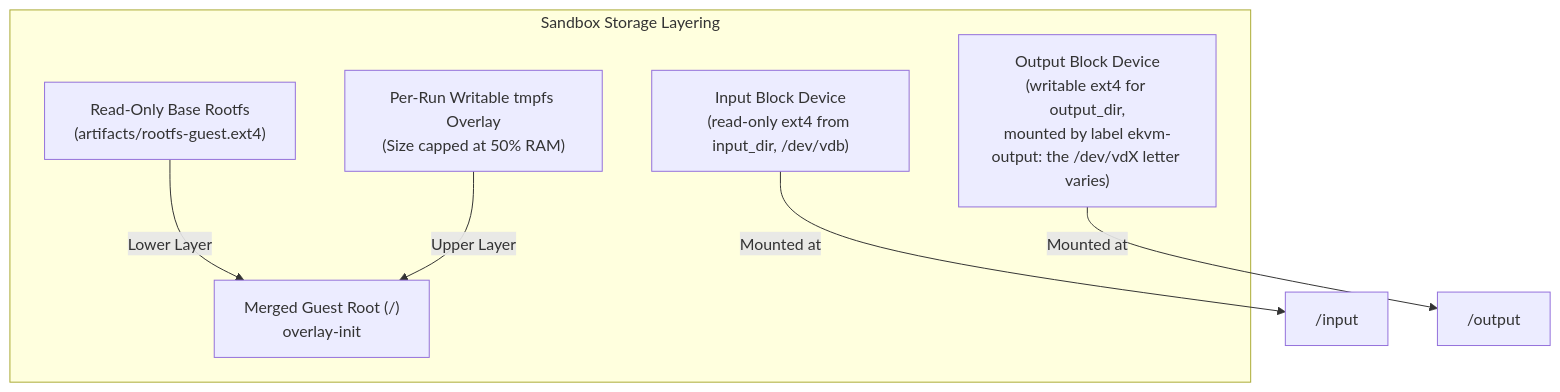
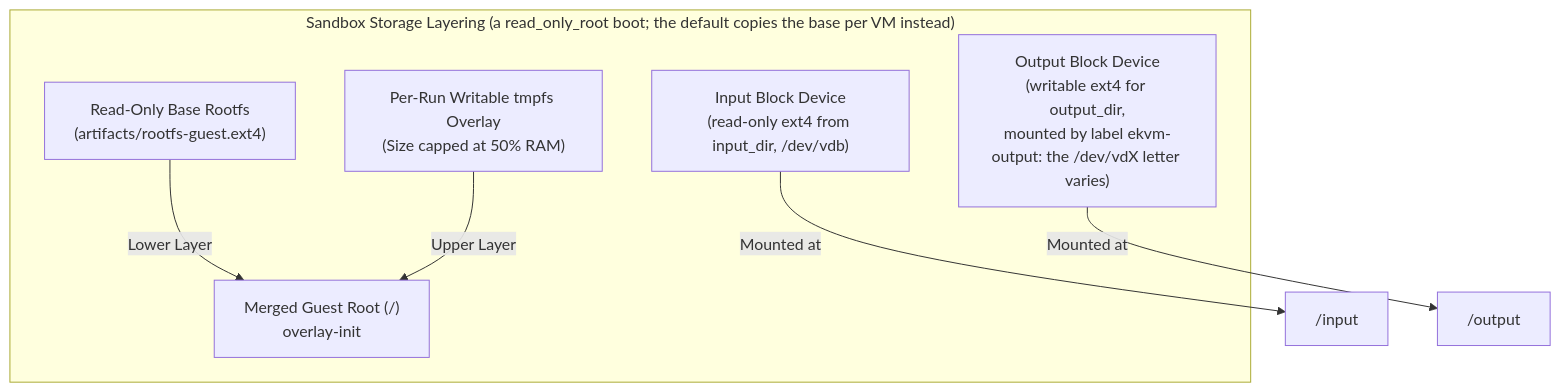
The third of 3 diagrams in docs/architecture-host.md (kendricklawton/behavioral-sandbox), drawn with Mermaid before and after one commit. The commit also changed other lines of this file and 5 other files, not shown here.

First line of the commit message:
docs: correct the architecture pages' XDP, rootfs and signing claims

````diff
--- a/docs/architecture-host.md
+++ b/docs/architecture-host.md
@@ -96,16 +100,16 @@
 ```mermaid
 flowchart TB
-    subgraph StorageLayout["Sandbox Storage Layering"]
+    subgraph StorageLayout["Sandbox Storage Layering (a read_only_root boot; the default copies the base per VM instead)"]
         BaseFS["Read-Only Base Rootfs\n(artifacts/rootfs-guest.ext4)"]
         TmpfsOverlay["Per-Run Writable tmpfs Overlay\n(Size capped at 50% RAM)"]
         MergedRoot["Merged Guest Root (/)\noverlay-init"]
         
         InputBlock["Input Block Device\n(read-only ext4 from input_dir, /dev/vdb)"]
         OutputBlock["Output Block Device\n(writable ext4 for output_dir,\nmounted by label ekvm-output: the /dev/vdX letter varies)"]
     end
 
     BaseFS -->|Lower Layer| MergedRoot
     TmpfsOverlay -->|Upper Layer| MergedRoot
     InputBlock -->|Mounted at| GuestInput["/input"]
     OutputBlock -->|Mounted at| GuestOutput["/output"]
 ```
````
